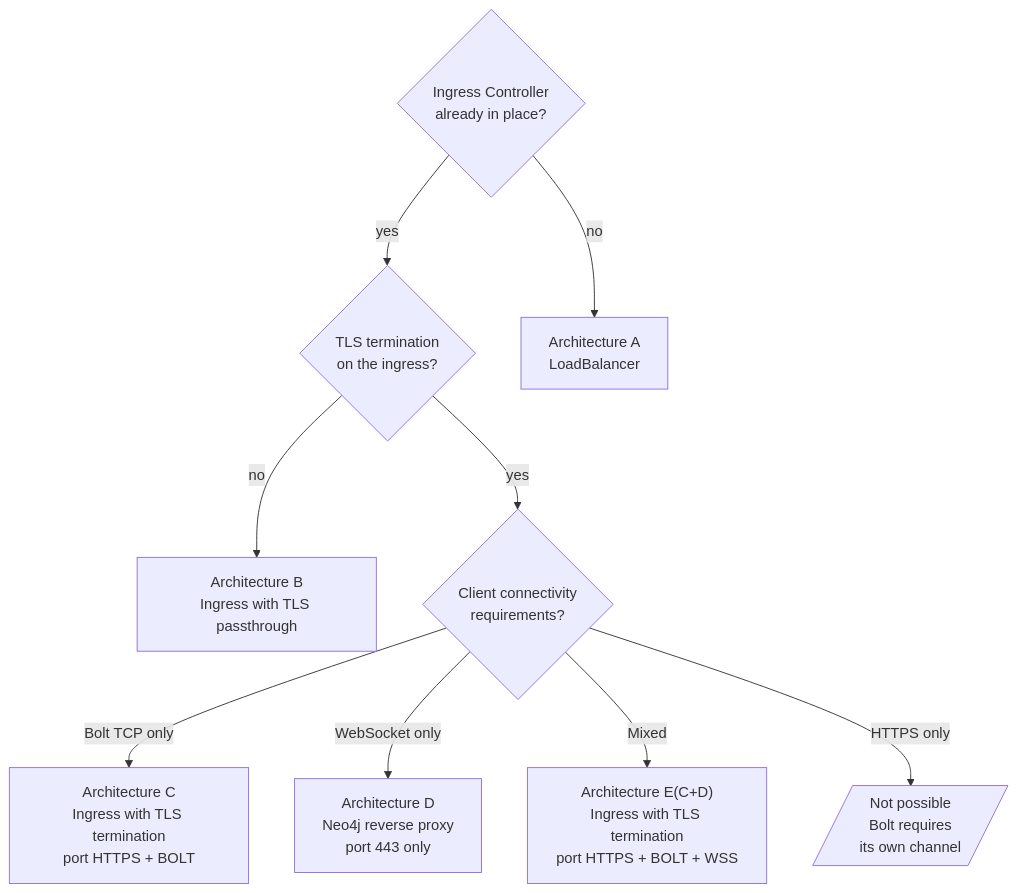
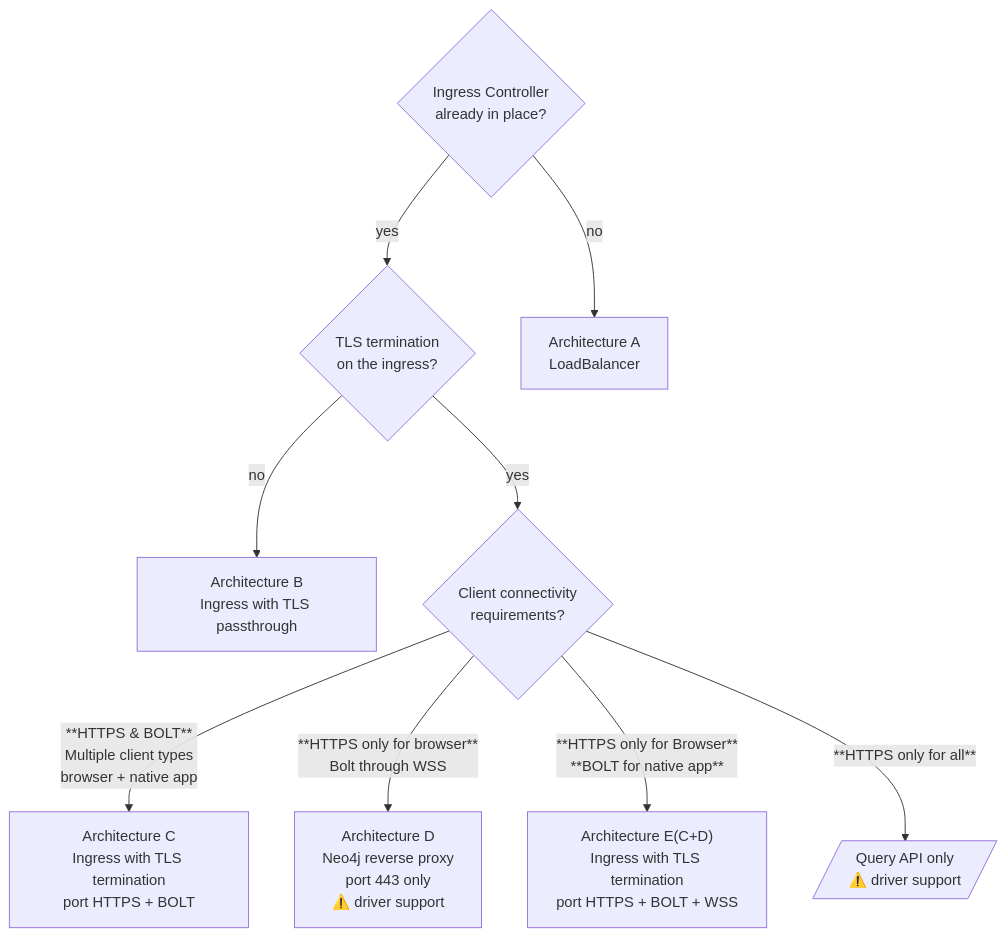
The first of 7 diagrams in readme_network.md (chboudry/neo4j-kubernetes), drawn with Mermaid before and after one commit.

Commit message:
Enhance decision tree in network architecture documentation to clarify client connectivity options for Neo4j, including detailed descriptions for mixed and HTTPS-only scenarios.

````diff
--- a/readme_network.md
+++ b/readme_network.md
@@ -5,15 +5,15 @@
 ```mermaid
 flowchart TD
     A{"Ingress Controller<br/>already in place?"}
 
     A -->|yes| B{"TLS termination<br/>on the ingress?"}
     A -->|no| G["Architecture A<br/>LoadBalancer"]
 
     B -->|no| I["Architecture B<br/>Ingress with TLS passthrough"]
     B -->|yes| W{"Client connectivity<br/>requirements?"}
 
-    W -->|Bolt TCP only| M["Architecture C<br/>Ingress with TLS termination<br/>port HTTPS + BOLT"]
-    W -->|WebSocket only| L["Architecture D<br/>Neo4j reverse proxy<br/>port 443 only"]
-    W -->|Mixed| X["Architecture E(C+D)<br/>Ingress with TLS termination<br/>port HTTPS + BOLT + WSS"]
-    W -->|HTTPS only| Z[/"Not possible<br/>Bolt requires<br/>its own channel"/]
+    W -->|**HTTPS & BOLT**<br/>Multiple client types<br/>browser + native app| M["Architecture C<br/>Ingress with TLS termination<br/>port HTTPS + BOLT"]
+    W -->|**HTTPS only for browser**<br/> Bolt through WSS| L["Architecture D<br/>Neo4j reverse proxy<br/>port 443 only<br/>⚠️ driver support"]
+    W -->|**HTTPS only for Browser**<br/>**BOLT for native app**<br/>| X["Architecture E(C+D)<br/>Ingress with TLS termination<br/>port HTTPS + BOLT + WSS"]
+    W -->|**HTTPS only for all**| Z[/Query API only<br/>⚠️ driver support/]
 ```
````
